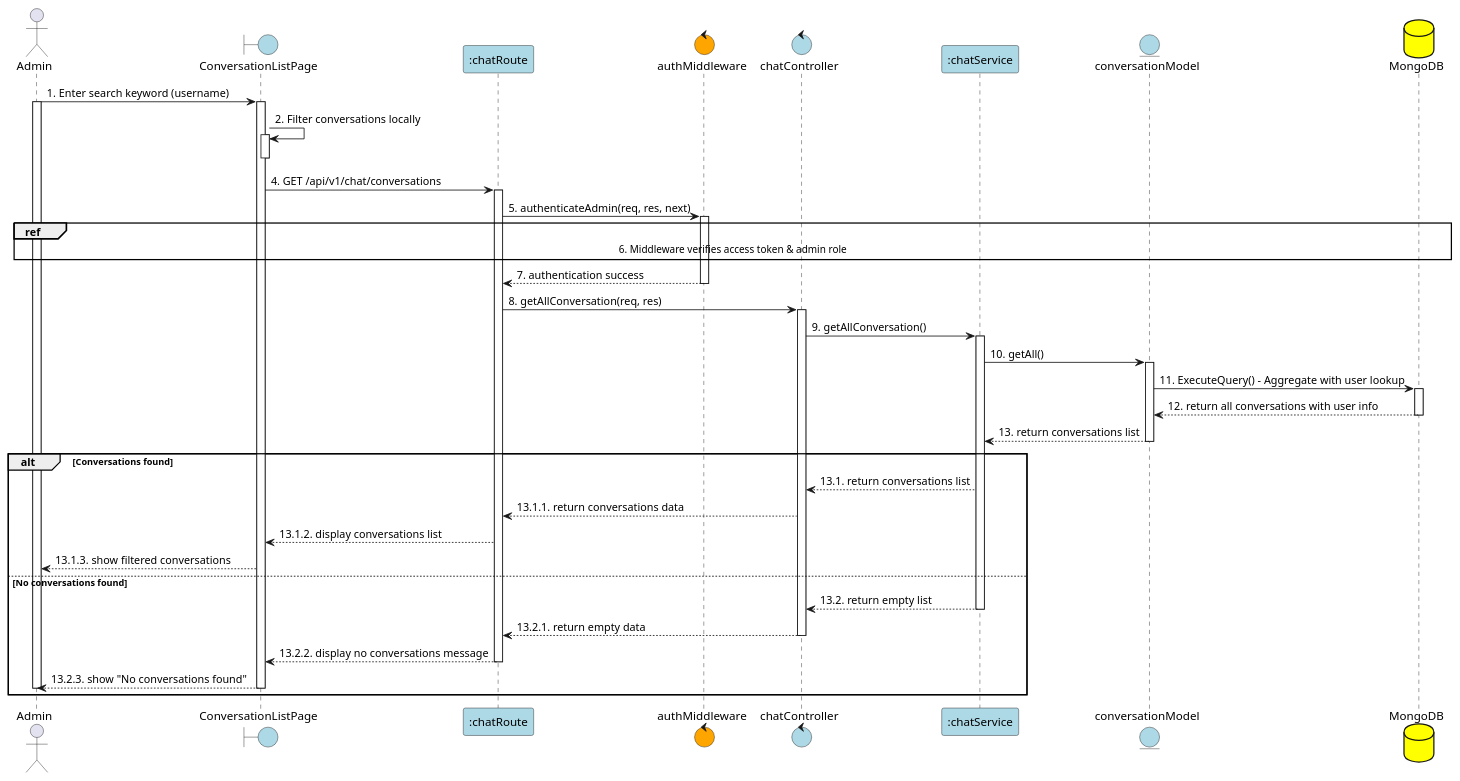
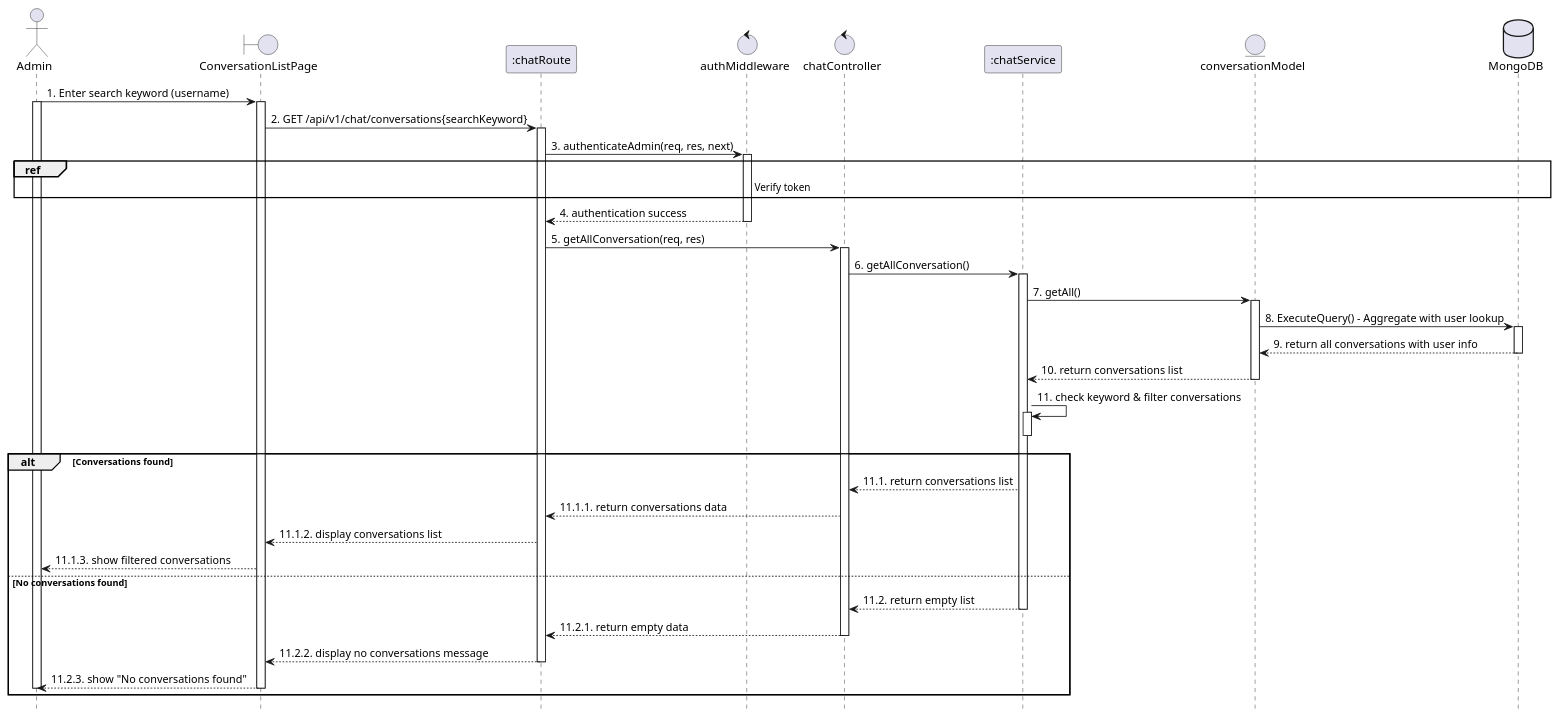
Before and after one commit to VietDurian/VietDurian: the diagram in planuml/web/21.6_searchConversation.puml, drawn with PlantUML. The commit also changed 22 other files, not shown here.

Commit message:
update sequence + be: fix type-product-pagination

```diff
--- a/planuml/web/21.6_searchConversation.puml
+++ b/planuml/web/21.6_searchConversation.puml
@@ -1,72 +1,73 @@
 @startuml SearchConversation
 
 actor Admin
-boundary "ConversationListPage" as View #lightblue
-participant ":chatRoute" as Route #lightblue
-control "authMiddleware" as Auth #Orange
-control "chatController" as Controller #lightblue
-participant ":chatService" as Service #lightblue
-entity "conversationModel" as Model #lightblue
-database "MongoDB" as MongoDB #yellow
+boundary "ConversationListPage" as View 
+participant ":chatRoute" as Route 
+control "authMiddleware" as Auth 
+control "chatController" as Controller 
+participant ":chatService" as Service 
+entity "conversationModel" as Model
+database "MongoDB" as MongoDB 
+hide footbox
 
     Admin -> View: 1. Enter search keyword (username)
     activate Admin
     activate View
 
-    View -> View: 2. Filter conversations locally
-    activate View
-    deactivate View
-
-        View -> Route: 4. GET /api/v1/chat/conversations
+        View -> Route: 2. GET /api/v1/chat/conversations{searchKeyword}
         activate Route
 
-        Route -> Auth: 5. authenticateAdmin(req, res, next)
+        Route -> Auth: 3. authenticateAdmin(req, res, next)
         activate Auth
         
-        ref over Admin, View, Route, Auth, Controller, Service, Model, MongoDB : 6. Middleware verifies access token & admin role
+        ref over Admin, MongoDB : Verify token
 
-        Auth --> Route: 7. authentication success
+        Auth --> Route: 4. authentication success
         deactivate Auth
 
-        Route -> Controller: 8. getAllConversation(req, res)
+        Route -> Controller: 5. getAllConversation(req, res)
         activate Controller
 
-        Controller -> Service: 9. getAllConversation()
+        Controller -> Service: 6. getAllConversation()
         activate Service
 
-        Service -> Model: 10. getAll()
+        Service -> Model: 7. getAll()
         activate Model
 
-        Model -> MongoDB: 11. ExecuteQuery() - Aggregate with user lookup
+        Model -> MongoDB: 8. ExecuteQuery() - Aggregate with user lookup
         activate MongoDB
-        MongoDB --> Model: 12. return all conversations with user info
+        MongoDB --> Model: 9. return all conversations with user info
         deactivate MongoDB
 
-        Model --> Service: 13. return conversations list
+        Model --> Service: 10. return conversations list
         deactivate Model
+
+        Service -> Service: 11. check keyword & filter conversations
+        activate Service
+        deactivate Service
 
         alt Conversations found
 
-            Service --> Controller: 13.1. return conversations list
+            Service --> Controller: 11.1. return conversations list
             
-            Controller --> Route: 13.1.1. return conversations data
+            Controller --> Route: 11.1.1. return conversations data
 
-            Route --> View: 13.1.2. display conversations list
+            Route --> View: 11.1.2. display conversations list
 
-            View --> Admin: 13.1.3. show filtered conversations
+            View --> Admin: 11.1.3. show filtered conversations
         else No conversations found
-            Service --> Controller: 13.2. return empty list
+            Service --> Controller: 11.2. return empty list
             deactivate Service
 
-            Controller --> Route: 13.2.1. return empty data
+            Controller --> Route: 11.2.1. return empty data
             deactivate Controller
 
-            Route --> View: 13.2.2. display no conversations message
+            Route --> View: 11.2.2. display no conversations message
             deactivate Route
 
-            View --> Admin: 13.2.3. show "No conversations found"
+            View --> Admin: 11.2.3. show "No conversations found"
             deactivate View
             deactivate Admin
         end
 
 @enduml
```
